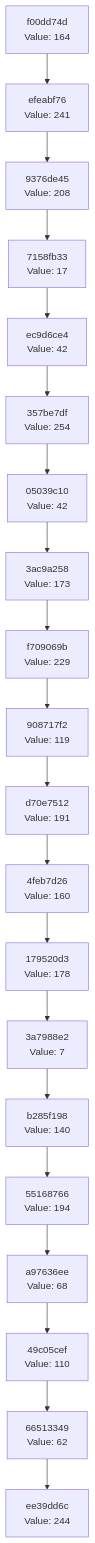
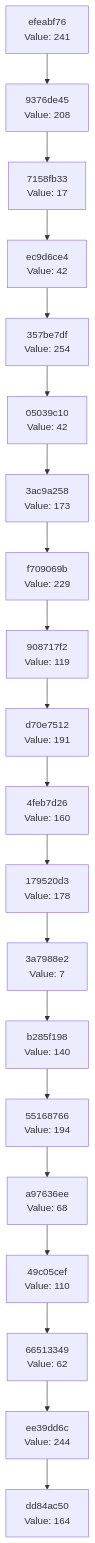
The diagram in docs/CHAIN_VISUALIZATION.md (Abhisheksinha1506/hash-chain-evolver), drawn with Mermaid before and after one commit. The commit also changed 2 other files, not shown here.

Commit message:
Evolution step: hash 0xA4 → action executed

````diff
--- a/docs/CHAIN_VISUALIZATION.md
+++ b/docs/CHAIN_VISUALIZATION.md
@@ -3,42 +3,42 @@
 ```mermaid
 graph TD
-    C0["ee39dd6c<br/>Value: 244"]
-    C1["66513349<br/>Value: 62"]
+    C0["dd84ac50<br/>Value: 164"]
+    C1["ee39dd6c<br/>Value: 244"]
     C1 --> C0
-    C2["49c05cef<br/>Value: 110"]
+    C2["66513349<br/>Value: 62"]
     C2 --> C1
-    C3["a97636ee<br/>Value: 68"]
+    C3["49c05cef<br/>Value: 110"]
     C3 --> C2
-    C4["55168766<br/>Value: 194"]
+    C4["a97636ee<br/>Value: 68"]
     C4 --> C3
-    C5["b285f198<br/>Value: 140"]
+    C5["55168766<br/>Value: 194"]
     C5 --> C4
-    C6["3a7988e2<br/>Value: 7"]
+    C6["b285f198<br/>Value: 140"]
     C6 --> C5
-    C7["179520d3<br/>Value: 178"]
+    C7["3a7988e2<br/>Value: 7"]
     C7 --> C6
-    C8["4feb7d26<br/>Value: 160"]
+    C8["179520d3<br/>Value: 178"]
     C8 --> C7
-    C9["d70e7512<br/>Value: 191"]
+    C9["4feb7d26<br/>Value: 160"]
     C9 --> C8
-    C10["908717f2<br/>Value: 119"]
+    C10["d70e7512<br/>Value: 191"]
     C10 --> C9
-    C11["f709069b<br/>Value: 229"]
+    C11["908717f2<br/>Value: 119"]
     C11 --> C10
-    C12["3ac9a258<br/>Value: 173"]
+    C12["f709069b<br/>Value: 229"]
     C12 --> C11
-    C13["05039c10<br/>Value: 42"]
+    C13["3ac9a258<br/>Value: 173"]
     C13 --> C12
-    C14["357be7df<br/>Value: 254"]
+    C14["05039c10<br/>Value: 42"]
     C14 --> C13
-    C15["ec9d6ce4<br/>Value: 42"]
+    C15["357be7df<br/>Value: 254"]
     C15 --> C14
-    C16["7158fb33<br/>Value: 17"]
+    C16["ec9d6ce4<br/>Value: 42"]
     C16 --> C15
-    C17["9376de45<br/>Value: 208"]
+    C17["7158fb33<br/>Value: 17"]
     C17 --> C16
-    C18["efeabf76<br/>Value: 241"]
+    C18["9376de45<br/>Value: 208"]
     C18 --> C17
-    C19["f00dd74d<br/>Value: 164"]
+    C19["efeabf76<br/>Value: 241"]
     C19 --> C18
 ```
````
